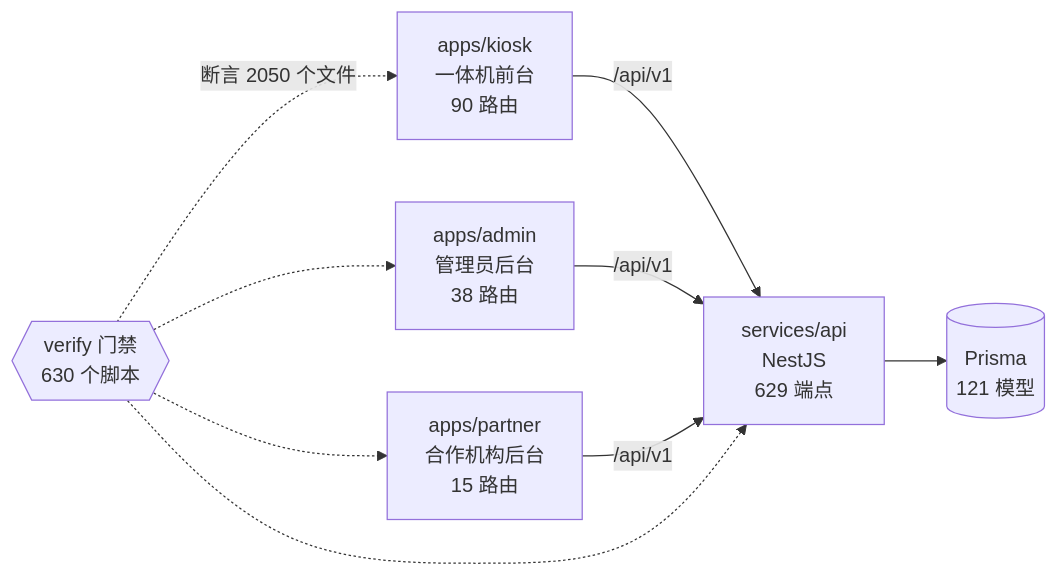
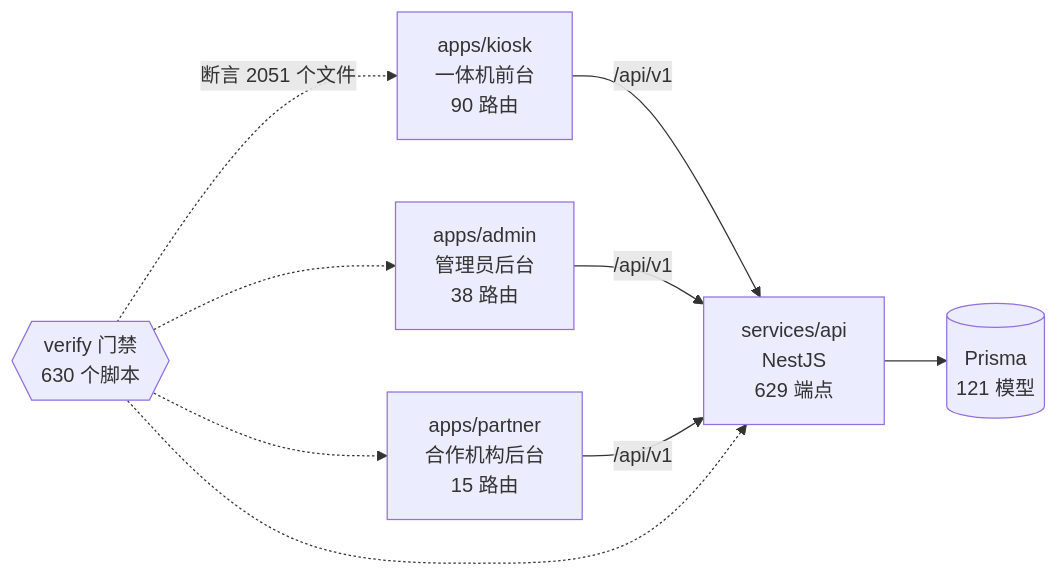
One commit to wanglei581/YITIJI changed the diagram in docs/graph/README.md. Above: the diagram before and after it, drawn with Mermaid. The commit also changed other lines of this file and 16 other files, not shown here.

````diff
--- a/docs/graph/README.md
+++ b/docs/graph/README.md
@@ -68,18 +68,18 @@
 ```mermaid
 flowchart LR
   kiosk["apps/kiosk<br/>一体机前台<br/>90 路由"]
   admin["apps/admin<br/>管理员后台<br/>38 路由"]
   partner["apps/partner<br/>合作机构后台<br/>15 路由"]
   api["services/api<br/>NestJS<br/>629 端点"]
   db[("Prisma<br/>121 模型")]
   gates{{"verify 门禁<br/>630 个脚本"}}
 
   kiosk -->|"/api/v1"| api
   admin -->|"/api/v1"| api
   partner -->|"/api/v1"| api
   api --> db
-  gates -.->|"断言 2050 个文件"| kiosk
+  gates -.->|"断言 2051 个文件"| kiosk
   gates -.-> admin
   gates -.-> partner
   gates -.-> api
 ```
````
